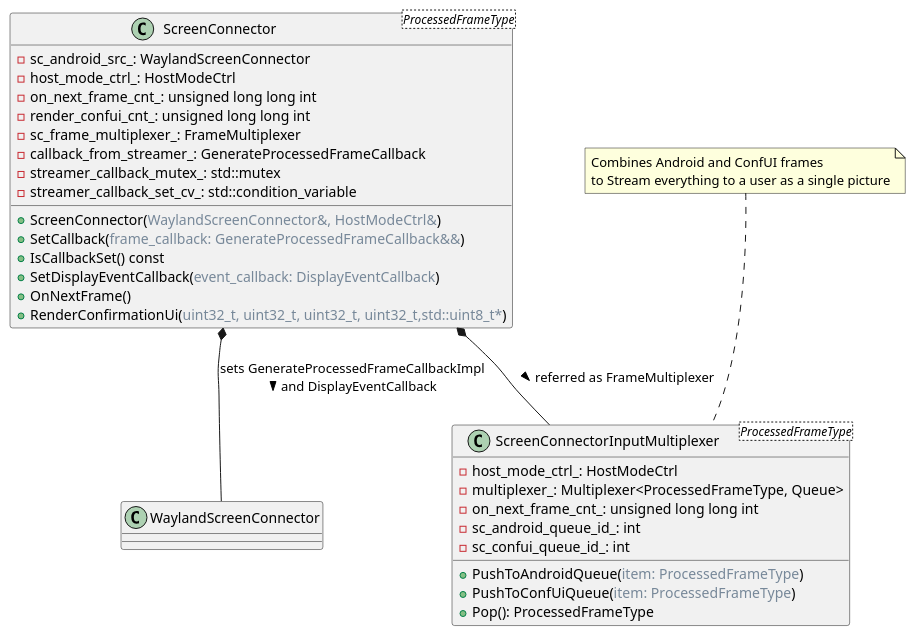
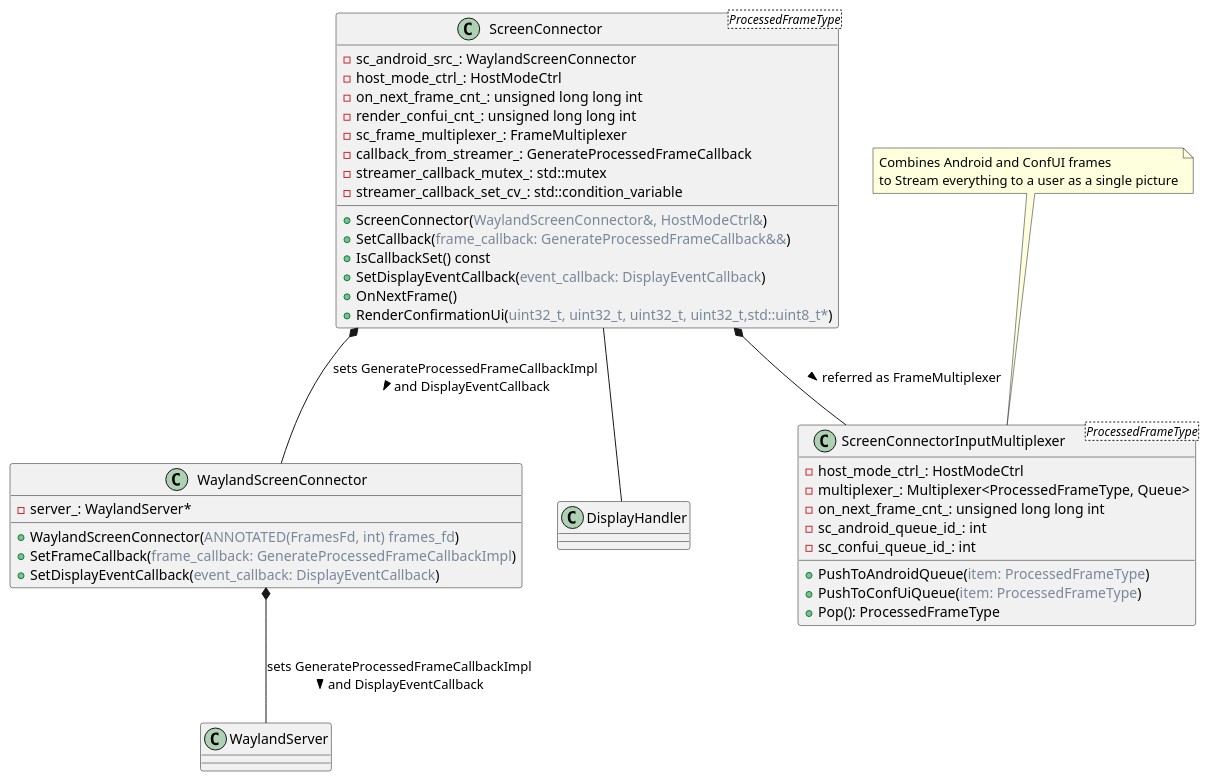
The diagram in screen_connector_diagram.puml (dmitvitalii/cf_diagrams), drawn with PlantUML before and after one commit. The commit also changed 3 other files, not shown here.

Commit message:
Rearrange diagrams and relations

```diff
--- a/screen_connector_diagram.puml
+++ b/screen_connector_diagram.puml
@@ -1,36 +1,45 @@
 @startuml
 
 class ScreenConnector<ProcessedFrameType> {
   -sc_android_src_: WaylandScreenConnector
   -host_mode_ctrl_: HostModeCtrl
   -on_next_frame_cnt_: unsigned long long int
   -render_confui_cnt_: unsigned long long int
   -sc_frame_multiplexer_: FrameMultiplexer
   -callback_from_streamer_: GenerateProcessedFrameCallback
   -streamer_callback_mutex_: std::mutex
   -streamer_callback_set_cv_: std::condition_variable
   +ScreenConnector(<color:LightSlateGray>WaylandScreenConnector&, HostModeCtrl&</color>)
   +SetCallback(<color:LightSlateGray>frame_callback: GenerateProcessedFrameCallback&&</color>)
   +IsCallbackSet() const
   +SetDisplayEventCallback(<color:LightSlateGray>event_callback: DisplayEventCallback</color>)
   +OnNextFrame()
   +RenderConfirmationUi(<color:LightSlateGray>uint32_t, uint32_t, uint32_t, uint32_t,std::uint8_t*</color>)
 }
 
 class ScreenConnectorInputMultiplexer<ProcessedFrameType> {
   - host_mode_ctrl_: HostModeCtrl
   - multiplexer_: Multiplexer<ProcessedFrameType, Queue>
   - on_next_frame_cnt_: unsigned long long int
   - sc_android_queue_id_: int
   - sc_confui_queue_id_: int
   + PushToAndroidQueue(<color:LightSlateGray>item: ProcessedFrameType</color>)
   + PushToConfUiQueue(<color:LightSlateGray>item: ProcessedFrameType</color>)
   + Pop(): ProcessedFrameType
 }
 note top of ScreenConnectorInputMultiplexer: Combines Android and ConfUI frames\nto Stream everything to a user as a single picture
 
+class WaylandScreenConnector {
+  -server_: WaylandServer*
+  +WaylandScreenConnector(<color:LightSlateGray>ANNOTATED(FramesFd, int) frames_fd</color>)
+  +SetFrameCallback(<color:LightSlateGray>frame_callback: GenerateProcessedFrameCallbackImpl</color>)
+  +SetDisplayEventCallback(<color:LightSlateGray>event_callback: DisplayEventCallback</color>)
+}
+
 ScreenConnector *-- ScreenConnectorInputMultiplexer : referred as FrameMultiplexer >
+ScreenConnector *-- WaylandScreenConnector : sets GenerateProcessedFrameCallbackImpl\nand DisplayEventCallback >
+ScreenConnector -- DisplayHandler
 
-ScreenConnector *-- WaylandScreenConnector : sets GenerateProcessedFrameCallbackImpl\nand DisplayEventCallback >
+WaylandScreenConnector *-- WaylandServer : sets GenerateProcessedFrameCallbackImpl\nand DisplayEventCallback >
 
 @enduml
```
